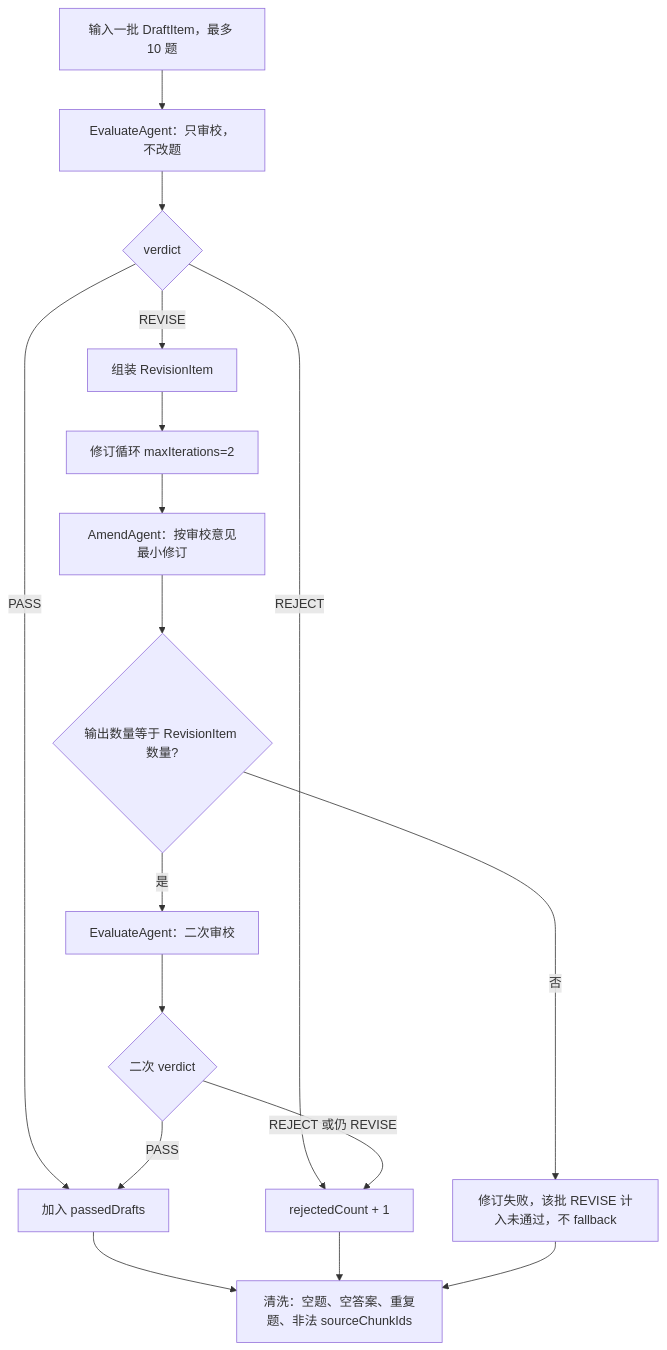
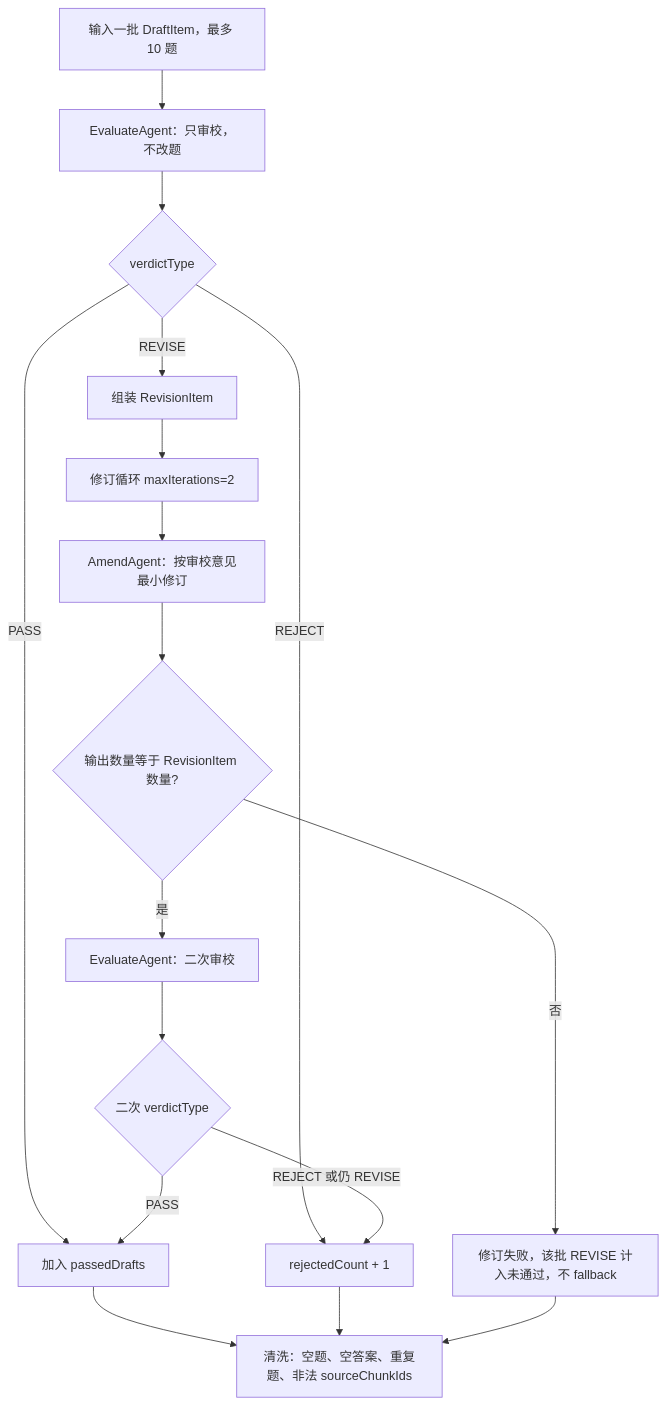
One commit to dasi0227/QA-Agent changed the third of 3 diagrams in docs/V3-GenerateAgent-Design.md. Above: the diagram before and after it, drawn with Mermaid. The commit also changed other lines of this file and 51 other files, not shown here.

Commit message:
refactor: finalize V3 generate flow and enum boundaries

````diff
--- a/docs/V3-GenerateAgent-Design.md
+++ b/docs/V3-GenerateAgent-Design.md
@@ -89,19 +89,19 @@
 ```mermaid
 flowchart TD
     B["输入一批 DraftItem，最多 10 题"] --> E1["EvaluateAgent：只审校，不改题"]
-    E1 --> J1{"verdict"}
+    E1 --> J1{"verdictType"}
     J1 -->|PASS| OK["加入 passedDrafts"]
     J1 -->|REJECT| RJ["rejectedCount + 1"]
     J1 -->|REVISE| RI["组装 RevisionItem"]
     RI --> LOOP["修订循环 maxIterations=2"]
     LOOP --> A["AmendAgent：按审校意见最小修订"]
     A --> C{"输出数量等于 RevisionItem 数量?"}
     C -->|否| RJ2["修订失败，该批 REVISE 计入未通过，不 fallback"]
     C -->|是| E2["EvaluateAgent：二次审校"]
-    E2 --> J2{"二次 verdict"}
+    E2 --> J2{"二次 verdictType"}
     J2 -->|PASS| OK
     J2 -->|REJECT 或仍 REVISE| RJ
     OK --> CLEAN["清洗：空题、空答案、重复题、非法 sourceChunkIds"]
     RJ --> CLEAN
     RJ2 --> CLEAN
 ```
````
